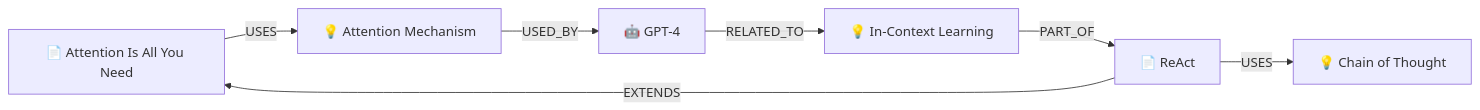
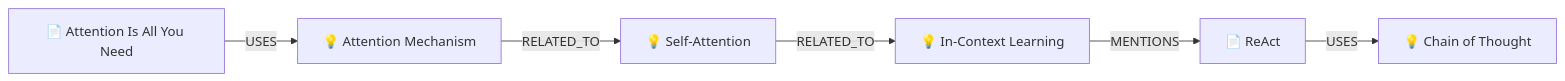
One commit to kartikangiras/aegis changed the sixth of 6 diagrams in README.md. Above: the diagram before and after it, drawn with Mermaid. The commit also changed other lines of this file and 14 other files, not shown here.

````diff
--- a/README.md
+++ b/README.md
@@ -264,9 +190,8 @@
 ```mermaid
 graph LR
     T["📄 Attention Is All You Need"] -- USES --> AM["💡 Attention Mechanism"]
-    AM -- USED_BY --> G["🤖 GPT-4"]
+    AM -- RELATED_TO --> G["💡 Self-Attention"]
     G -- RELATED_TO --> ICL["💡 In-Context Learning"]
-    ICL -- PART_OF --> R["📄 ReAct"]
+    ICL -- MENTIONS --> R["📄 ReAct"]
     R -- USES --> COT["💡 Chain of Thought"]
-    R -- EXTENDS --> T
 ```
````
